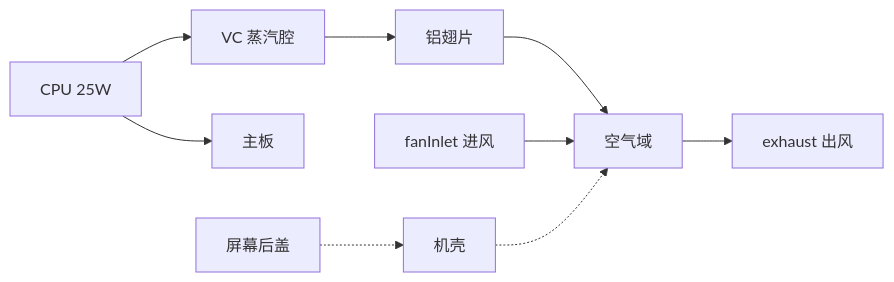
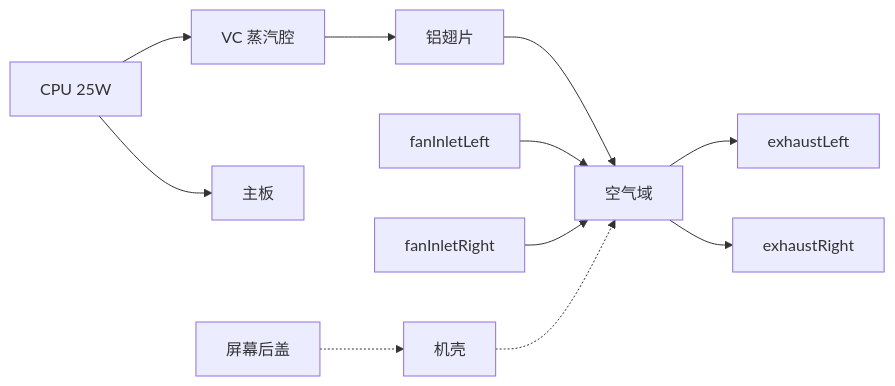
The diagram in laptopCooling/README.md (BHCLLBHCLL/ofheating), drawn with Mermaid before and after one commit. The commit also changed other lines of this file and 9 other files, not shown here.

````diff
--- a/laptopCooling/README.md
+++ b/laptopCooling/README.md
@@ -131,11 +141,13 @@
 ```mermaid
 flowchart LR
     CPU["CPU 25W"] --> VC["VC 蒸汽腔"]
     VC --> Fins["铝翅片"]
     Fins --> Air["空气域"]
-    Fan["fanInlet 进风"] --> Air
-    Air --> Exhaust["exhaust 出风"]
+    FanL["fanInletLeft"] --> Air
+    FanR["fanInletRight"] --> Air
+    Air --> ExL["exhaustLeft"]
+    Air --> ExR["exhaustRight"]
     CPU --> MB["主板"]
     Chassis["机壳"] -.-> Air
     Screen["屏幕后盖"] -.-> Chassis
 ```
````
